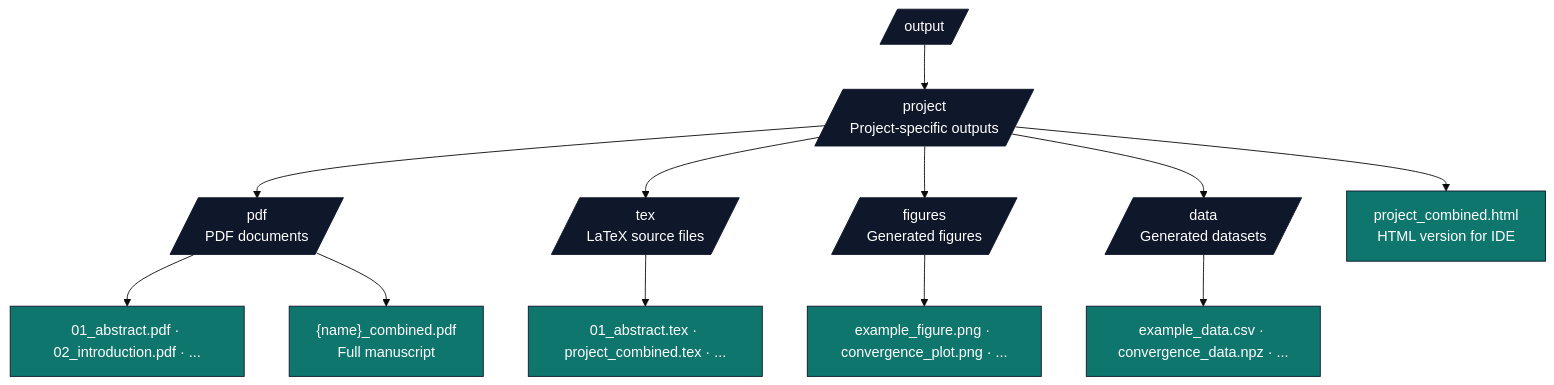
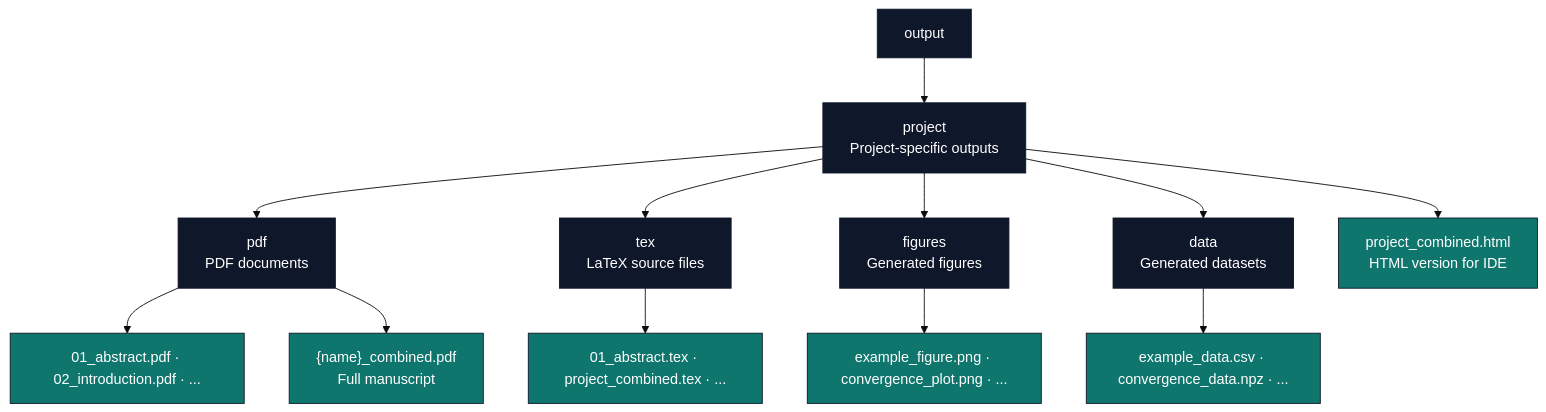
The fourth of 4 diagrams in AGENTS.md (docxology/template), drawn with Mermaid (base theme) before and after one commit. The commit also changed other lines of this file and 94 other files, not shown here.

````diff
--- a/AGENTS.md
+++ b/AGENTS.md
@@ -861,24 +861,24 @@
 ```mermaid
 flowchart TB
-    OUT[/output/]
-    OUT --> P[/project<br/>Project-specific outputs/]
-    P --> PDF[/pdf<br/>PDF documents/]
-    P --> TEX[/tex<br/>LaTeX source files/]
-    P --> FIG[/figures<br/>Generated figures/]
-    P --> DATA[/data<br/>Generated datasets/]
+    OUT[output]
+    OUT --> P[project<br/>Project-specific outputs]
+    P --> PDF[pdf<br/>PDF documents]
+    P --> TEX[tex<br/>LaTeX source files]
+    P --> FIG[figures<br/>Generated figures]
+    P --> DATA[data<br/>Generated datasets]
     P --> HTML[project_combined.html<br/>HTML version for IDE]
 
     PDF --> PDF_SECT[01_abstract.pdf · 02_introduction.pdf · ...]
     PDF --> PDF_COMB["{name}_combined.pdf<br/>Full manuscript"]
 
     TEX --> TEX_FILES[01_abstract.tex · project_combined.tex · ...]
 
     FIG --> FIG_FILES[example_figure.png · convergence_plot.png · ...]
 
     DATA --> DATA_FILES[example_data.csv · convergence_data.npz · ...]
 
     classDef d fill:#0f172a,stroke:#0f172a,color:#fff
     classDef f fill:#0f766e,stroke:#0f172a,color:#fff
     class OUT,P,PDF,TEX,FIG,DATA d
     class PDF_SECT,PDF_COMB,TEX_FILES,FIG_FILES,DATA_FILES,HTML f
 ```
````
